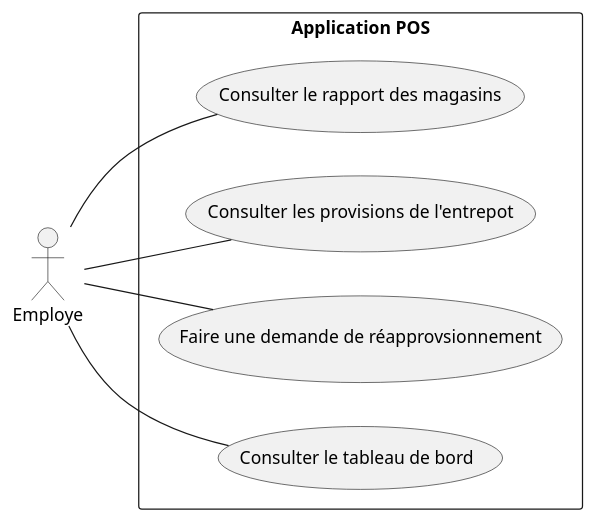
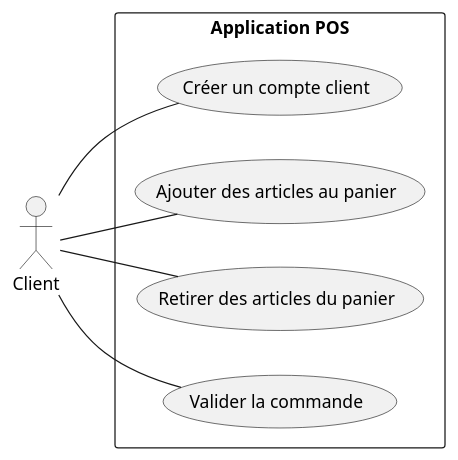
One commit to Jonathan-Lorfils/LOG430-Lab changed the diagram in docs/UML/VueCasUtilisation.puml. Above: the diagram before and after it, drawn with PlantUML. The commit also changed 9 other files, not shown here.

```diff
--- a/docs/UML/VueCasUtilisation.puml
+++ b/docs/UML/VueCasUtilisation.puml
@@ -1,14 +1,19 @@
-@startuml VueCasUtilisation
+@startuml VueCasUtilisationClient
+
 left to right direction
-actor "Employe" as e
+
+actor "Client" as c
+
 rectangle "Application POS" {
-  usecase "Consulter le rapport des magasins" as UC1
-  usecase "Consulter les provisions de l'entrepot" as UC2
-  usecase "Faire une demande de réapprovsionnement" as UC3
-  usecase "Consulter le tableau de bord" as UC4
+  usecase "Créer un compte client" as UC1
+  usecase "Ajouter des articles au panier" as UC2
+  usecase "Retirer des articles du panier" as UC3
+  usecase "Valider la commande" as UC4
 }
-e -- UC1
-e -- UC2
-e -- UC3
-e -- UC4
+
+c -- UC1
+c -- UC2
+c -- UC3
+c -- UC4
+
 @enduml
```
